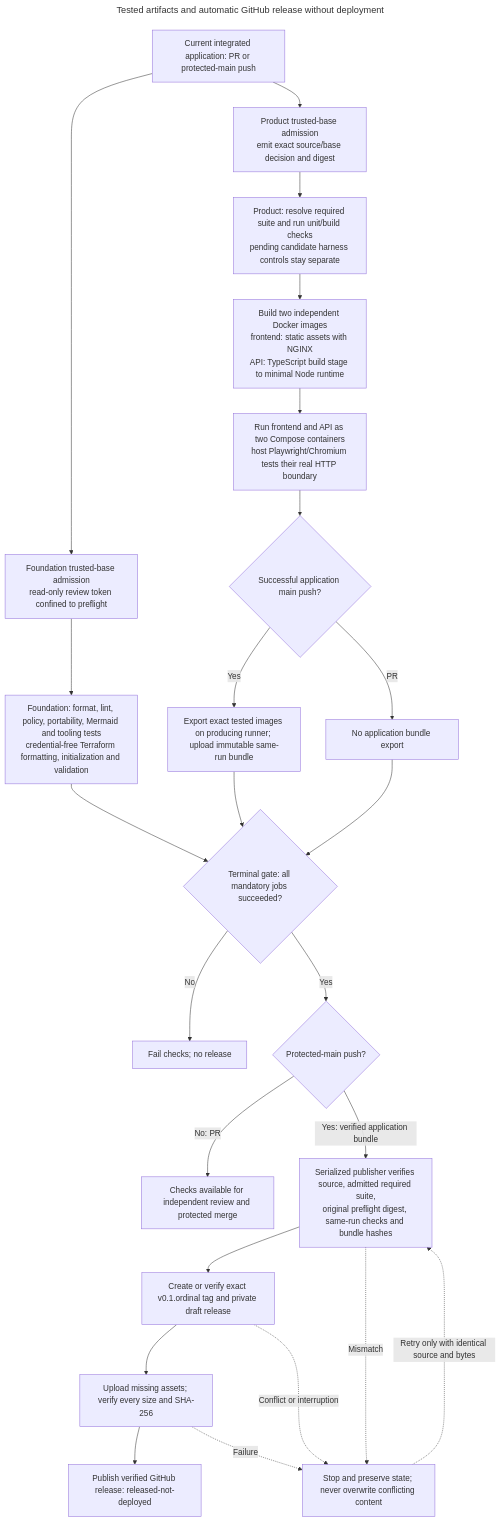
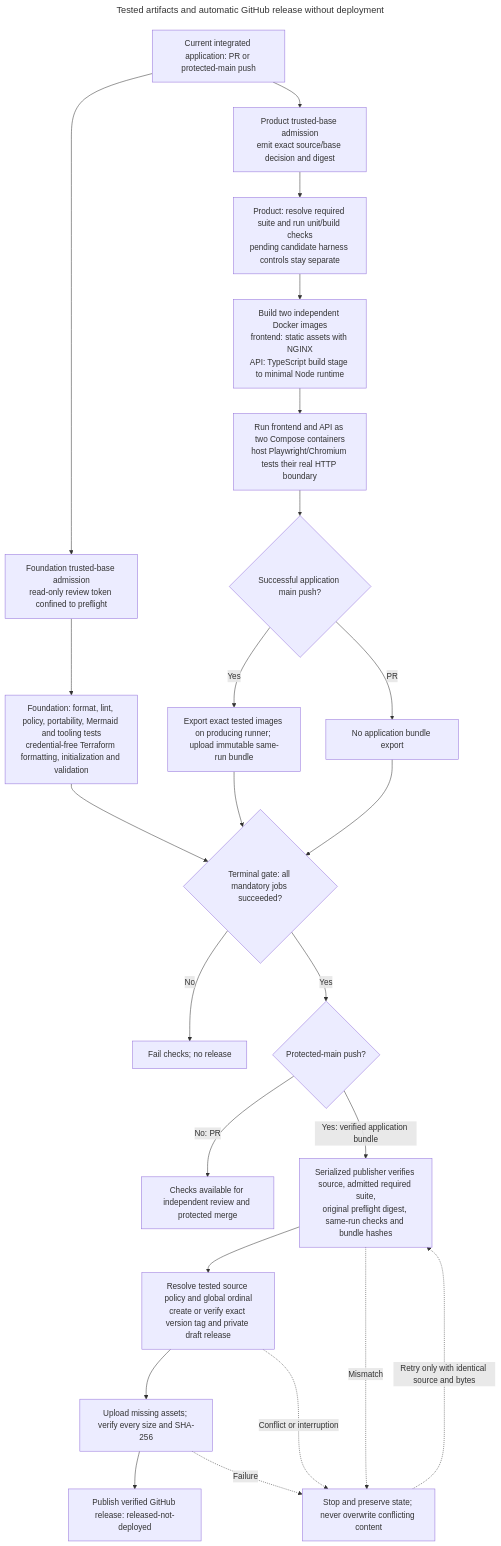
Before and after one commit to brobro10000/mp3-frame-counter: the diagram in docs/architecture/diagrams/release.mmd, drawn with Mermaid.

Commit message:
docs(release): preserve source-bound allocation in diagram

```diff
--- a/docs/architecture/diagrams/release.mmd
+++ b/docs/architecture/diagrams/release.mmd
@@ -1,62 +1,62 @@
 ---
 title: Tested artifacts and automatic GitHub release without deployment
 query: >-
   Show the implemented CI and release-only flow. Distinguish PR validation from
   protected-main publication, parallel foundation/product checks from the
   terminal control-plane gate, and the same-run exact tested image export from
   publication. Include frozen baseline verification, complete acceptance,
   immutable artifact/provenance checks, version/tag identity, draft asset
   verification and safe identical retries. Do not add deployment, registry push,
   provider provisioning or production approval; those are absent from the
   current release implementation. For the current integrated application, show
   independent Docker image builds, the two running Compose containers and host
   acceptance processes, then export of those exact tested images. Images and
   archives are artifacts, not extra running services. Earlier source-only phases
   have a separate foundation-delivery path outside this view. Both validation
   jobs perform trusted-base acceptance admission before head-owned commands.
   Candidate harness checks remain separate from required product E2E; carry the
   preflight digest through the original same-run release bundle. Foundation
   includes credential-free Terraform formatting, initialization and validation;
   keep these checks inside its mandatory gate, with no cloud apply. Allocate the
   version from the exact tested source's committed release policy and global
   first-parent ordinal. Preserve legacy identities and schema-1 bytes; new
   policy-bound evidence uses schema 2. Compare stable latest versions
   numerically.
 references:
   - 'File: /.github/workflows/ci.yml'
   - 'File: /scripts/run-ci-phase.mjs'
   - 'File: /scripts/acceptance-preflight.mjs'
   - 'File: /scripts/acceptance-runtime.mjs'
   - 'File: /scripts/ci-gate.mjs'
   - 'File: /scripts/publish-release-bundle.mjs'
   - 'File: /scripts/prepare-release.mjs'
   - 'File: /scripts/publish-release.mjs'
   - 'File: /scripts/publish-release-evidence.mjs'
   - 'File: /scripts/release-manifest.mjs'
   - 'File: /release-policy.json'
 generationTime: '2026-10-10T09:02:16.338Z'
 ---
 flowchart TD
     EVENT["Current integrated application: PR or protected-main push"] --> PREF["Foundation trusted-base admission<br/>read-only review token confined to preflight"]
     PREF --> F["Foundation: format, lint, policy, portability, Mermaid and tooling tests<br/>credential-free Terraform formatting, initialization and validation"]
     EVENT --> PREP["Product trusted-base admission<br/>emit exact source/base decision and digest"]
     PREP --> P["Product: resolve required suite and run unit/build checks<br/>pending candidate harness controls stay separate"]
     P --> BUILD["Build two independent Docker images<br/>frontend: static assets with NGINX<br/>API: TypeScript build stage to minimal Node runtime"]
     BUILD --> TEST["Run frontend and API as two Compose containers<br/>host Playwright/Chromium tests their real HTTP boundary"]
     TEST --> KIND{"Successful application main push?"}
     KIND -->|"Yes"| B["Export exact tested images on producing runner; upload immutable same-run bundle"]
     KIND -->|"PR"| RESULT["No application bundle export"]
     F --> G{"Terminal gate: all mandatory jobs succeeded?"}
     B --> G
     RESULT --> G
     G -->|"No"| STOP["Fail checks; no release"]
     G -->|"Yes"| MAIN{"Protected-main push?"}
     MAIN -->|"No: PR"| REVIEW["Checks available for independent review and protected merge"]
     MAIN -->|"Yes: verified application bundle"| VERIFY["Serialized publisher verifies source, admitted required suite,<br/>original preflight digest, same-run checks and bundle hashes"]
-    VERIFY --> DRAFT["Create or verify exact v0.1.ordinal tag and private draft release"]
+    VERIFY --> DRAFT["Resolve tested source policy and global ordinal<br/>create or verify exact version tag and private draft release"]
     DRAFT --> ASSETS["Upload missing assets; verify every size and SHA-256"]
     ASSETS --> RELEASE["Publish verified GitHub release: released-not-deployed"]
     VERIFY -.->|"Mismatch"| FAIL["Stop and preserve state; never overwrite conflicting content"]
     DRAFT -.->|"Conflict or interruption"| FAIL
     ASSETS -.->|"Failure"| FAIL
     FAIL -.->|"Retry only with identical source and bytes"| VERIFY
```
